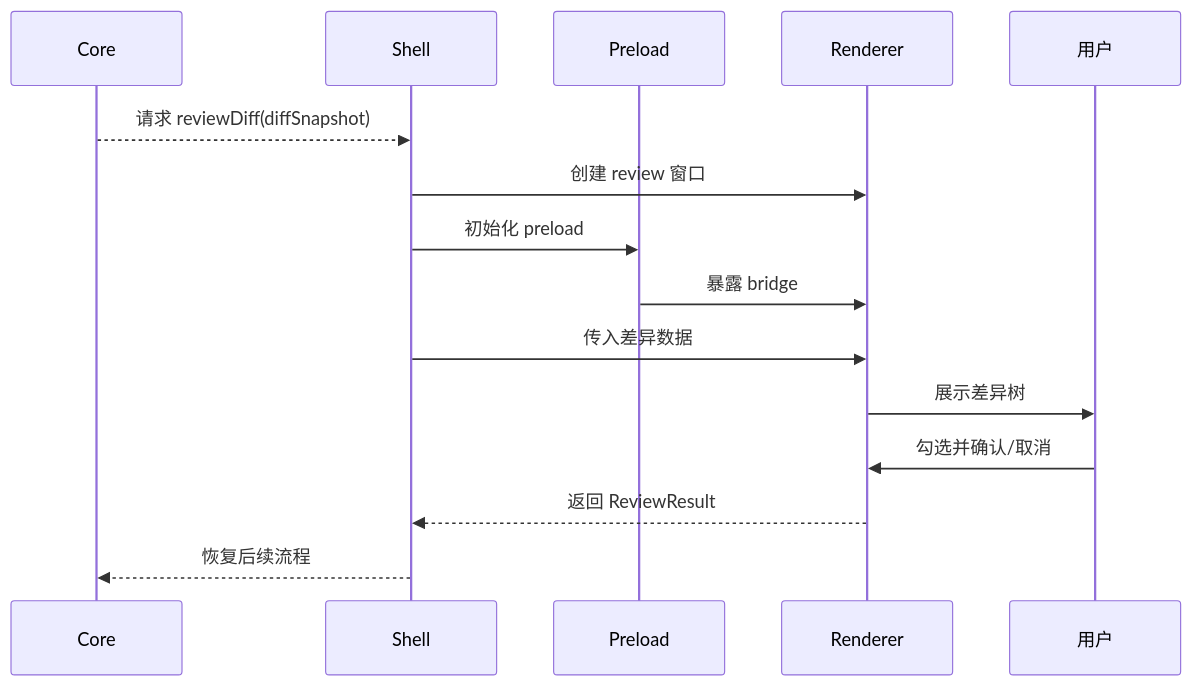
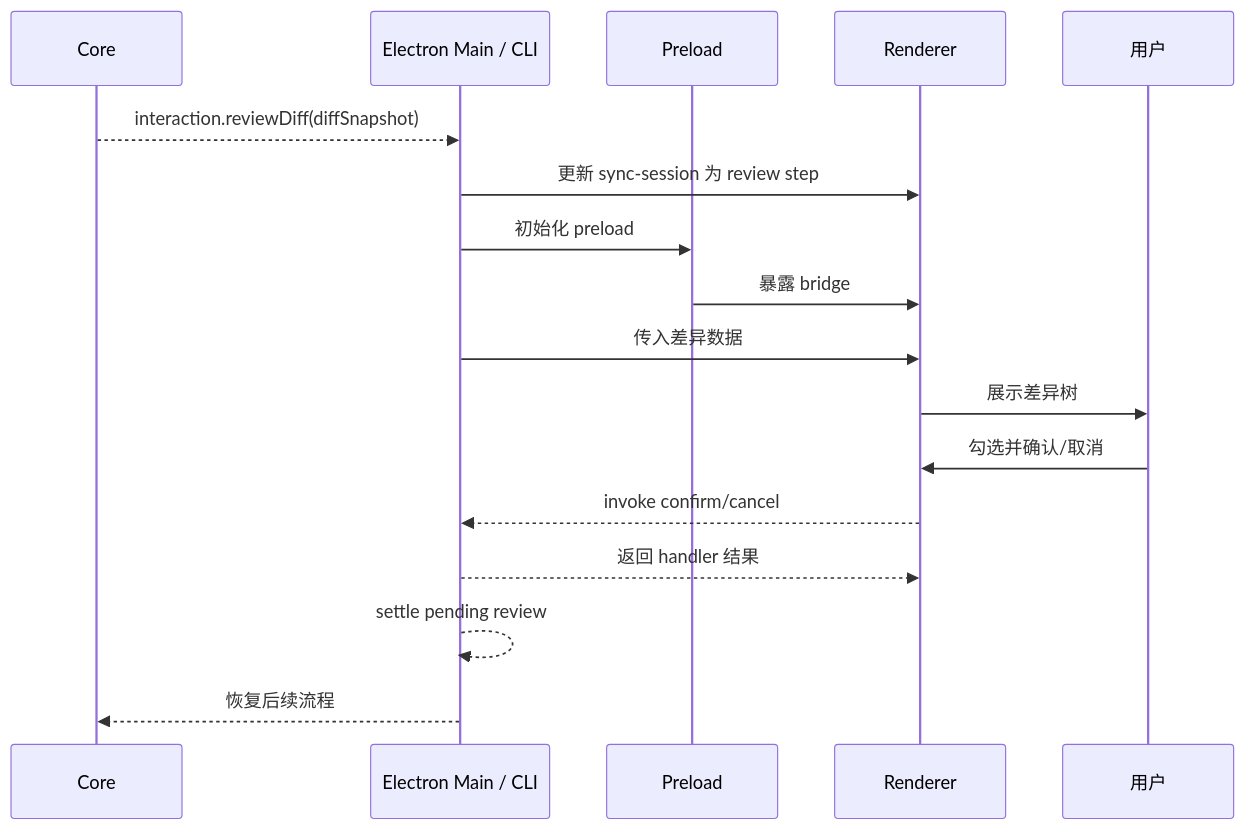
Before and after one commit to agalloch21/sync-with-rclone: the eighth of 10 diagrams in docs/Flows.md, drawn with Mermaid. The commit also changed other lines of this file and 2 other files, not shown here.

````diff
--- a/docs/Flows.md
+++ b/docs/Flows.md
@@ -202,18 +205,20 @@
 ```mermaid
 sequenceDiagram
   participant C as Core
-  participant S as Shell
+  participant S as Electron Main / CLI
   participant P as Preload
   participant R as Renderer
   participant U as 用户
 
-  C-->>S: 请求 reviewDiff(diffSnapshot)
-  S->>R: 创建 review 窗口
+  C-->>S: interaction.reviewDiff(diffSnapshot)
+  S->>R: 更新 sync-session 为 review step
   S->>P: 初始化 preload
   P->>R: 暴露 bridge
   S->>R: 传入差异数据
   R->>U: 展示差异树
   U->>R: 勾选并确认/取消
-  R-->>S: 返回 ReviewResult
+  R-->>S: invoke confirm/cancel
+  S-->>R: 返回 handler 结果
+  S-->>S: settle pending review
   S-->>C: 恢复后续流程
 ```
````
